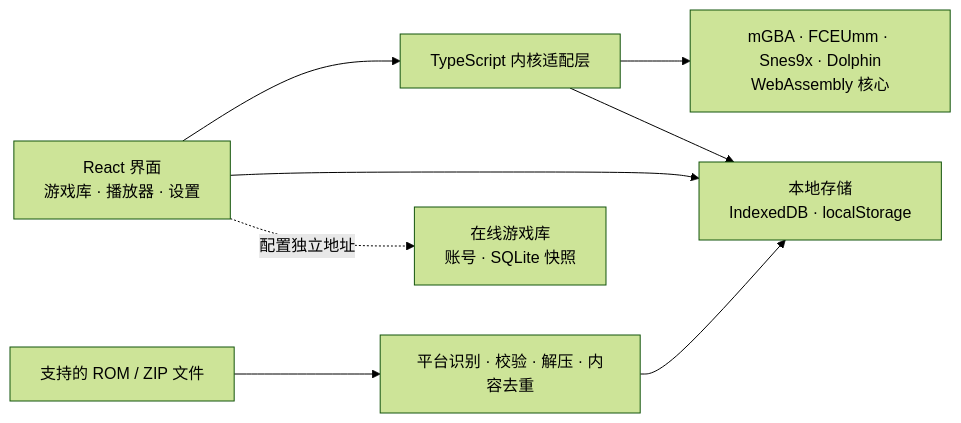
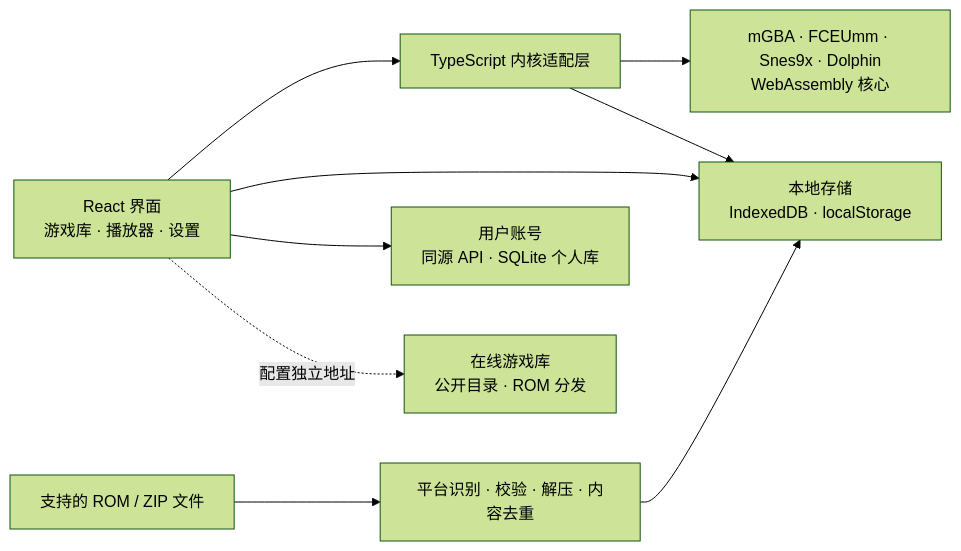
Before and after one commit to hehuang139/Orbitra: the diagram in README.zh-CN.md, drawn with Mermaid (forest theme). The commit also changed other lines of this file and 26 other files, not shown here.

````diff
--- a/README.zh-CN.md
+++ b/README.zh-CN.md
@@ -267,10 +270,11 @@
 ```mermaid
 flowchart LR
     A[React 界面<br/>游戏库 · 播放器 · 设置] --> B[TypeScript 内核适配层]
     B --> C[mGBA · FCEUmm · Snes9x · Dolphin<br/>WebAssembly 核心]
     A --> D[本地存储<br/>IndexedDB · localStorage]
-    A -. 配置独立地址 .-> G[在线游戏库<br/>账号 · SQLite 快照]
+    A --> U[用户账号<br/>同源 API · SQLite 个人库]
+    A -. 配置独立地址 .-> G[在线游戏库<br/>公开目录 · ROM 分发]
     B --> D
     E[支持的 ROM / ZIP 文件] --> F[平台识别 · 校验 · 解压 · 内容去重]
     F --> D
 ```
````
